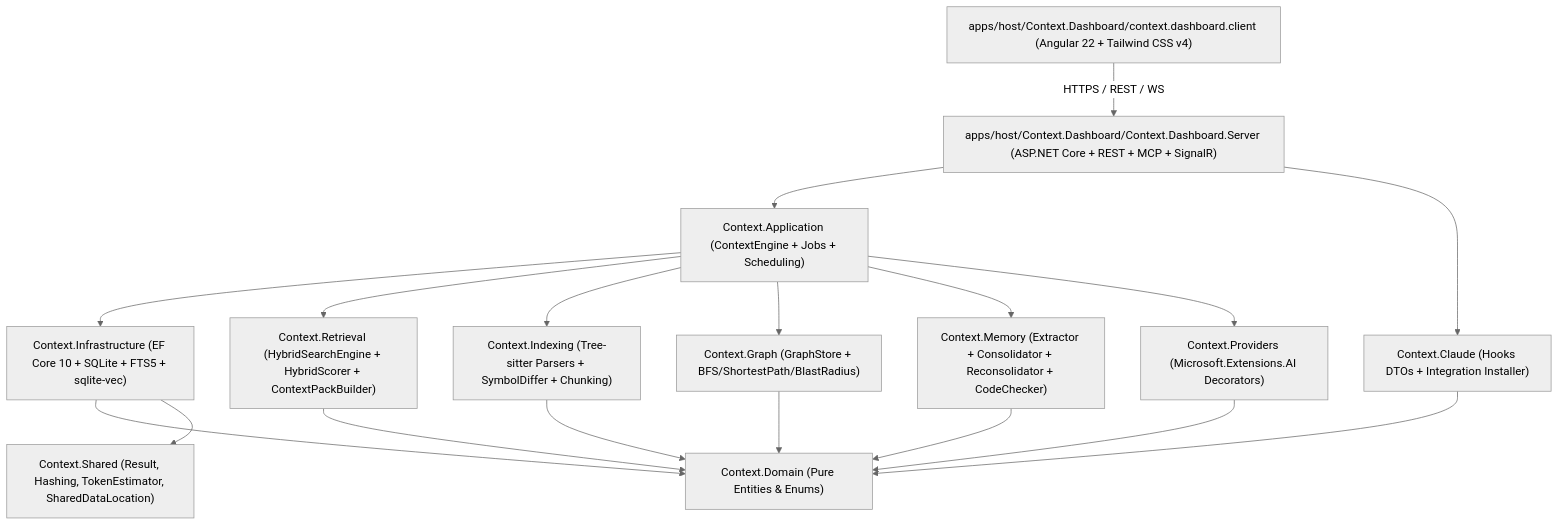
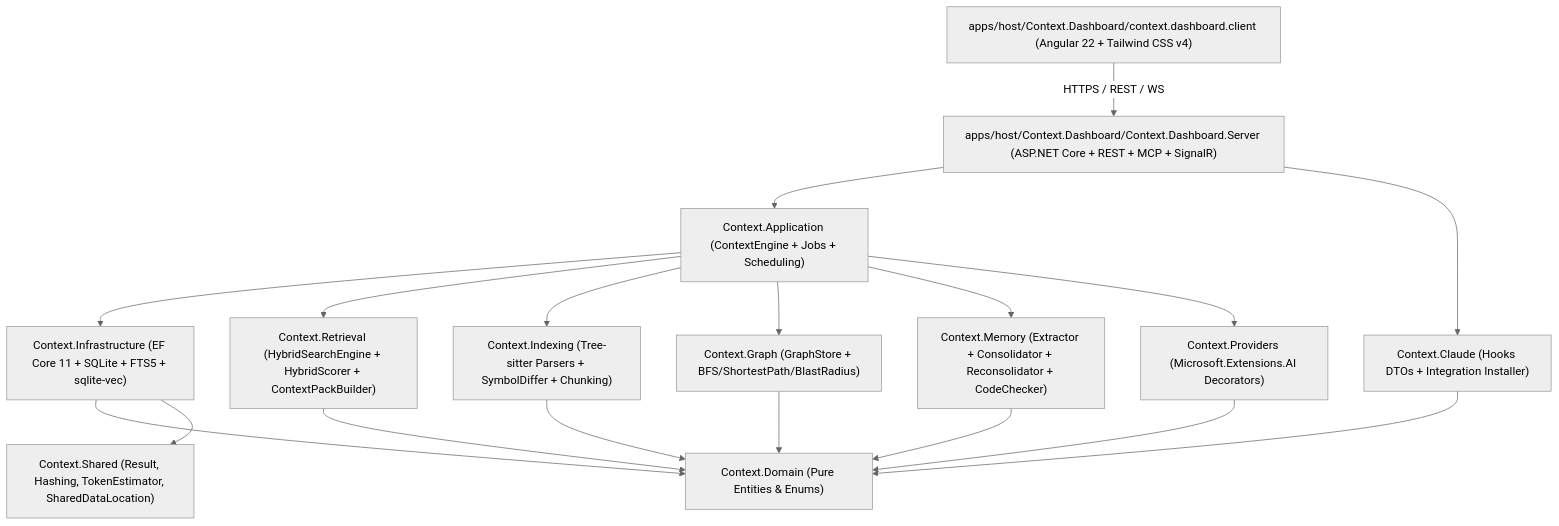
The first of 3 diagrams in docs/uk/ARCHITECTURE.md (dellik95/context-platform), drawn with Mermaid (neutral theme) before and after one commit. The commit also changed other lines of this file and 69 other files, not shown here.

First line of the commit message:
Upgrade to .NET 11, add interactive UI charts, and remove obsolete ADRs

````diff
--- a/docs/uk/ARCHITECTURE.md
+++ b/docs/uk/ARCHITECTURE.md
@@ -11,26 +11,26 @@
 ```mermaid
 flowchart TB
     Host["apps/host/Context.Dashboard/Context.Dashboard.Server (ASP.NET Core + REST + MCP + SignalR)"]
     Client["apps/host/Context.Dashboard/context.dashboard.client (Angular 22 + Tailwind CSS v4)"]
 
     Client -->|"HTTPS / REST / WS"| Host
 
     Host --> App["Context.Application (ContextEngine + Jobs + Scheduling)"]
     Host --> Claude["Context.Claude (Hooks DTOs + Integration Installer)"]
 
-    App --> Infra["Context.Infrastructure (EF Core 10 + SQLite + FTS5 + sqlite-vec)"]
+    App --> Infra["Context.Infrastructure (EF Core 11 + SQLite + FTS5 + sqlite-vec)"]
     App --> Retrieval["Context.Retrieval (HybridSearchEngine + HybridScorer + ContextPackBuilder)"]
     App --> Indexing["Context.Indexing (Tree-sitter Parsers + SymbolDiffer + Chunking)"]
     App --> Graph["Context.Graph (GraphStore + BFS/ShortestPath/BlastRadius)"]
     App --> Memory["Context.Memory (Extractor + Consolidator + Reconsolidator + CodeChecker)"]
     App --> Providers["Context.Providers (Microsoft.Extensions.AI Decorators)"]
 
     Infra --> Domain["Context.Domain (Pure Entities & Enums)"]
     Infra --> Shared["Context.Shared (Result, Hashing, TokenEstimator, SharedDataLocation)"]
     Retrieval --> Domain
     Indexing --> Domain
     Graph --> Domain
     Memory --> Domain
     Providers --> Domain
     Claude --> Domain
 ```
````
